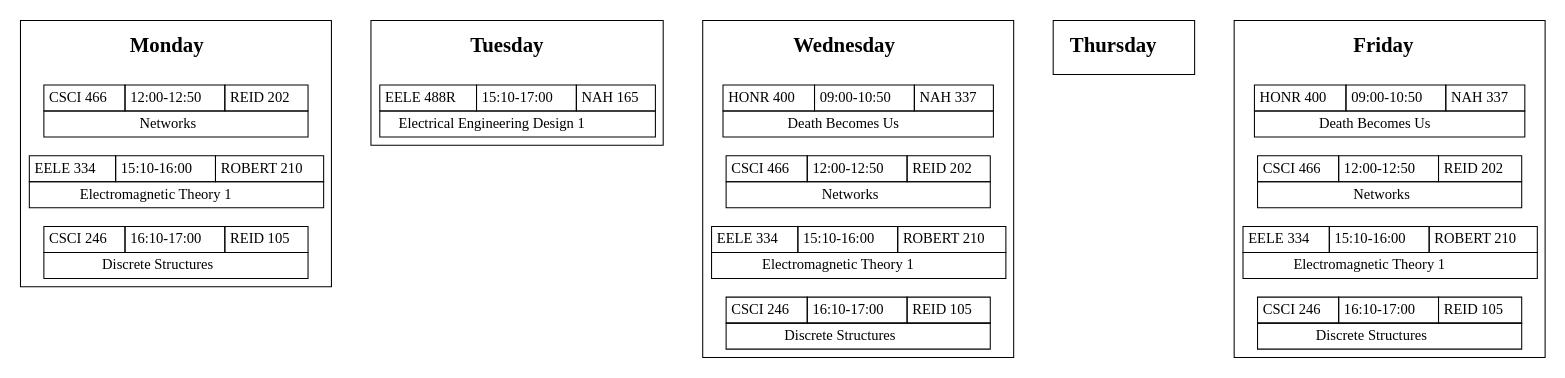
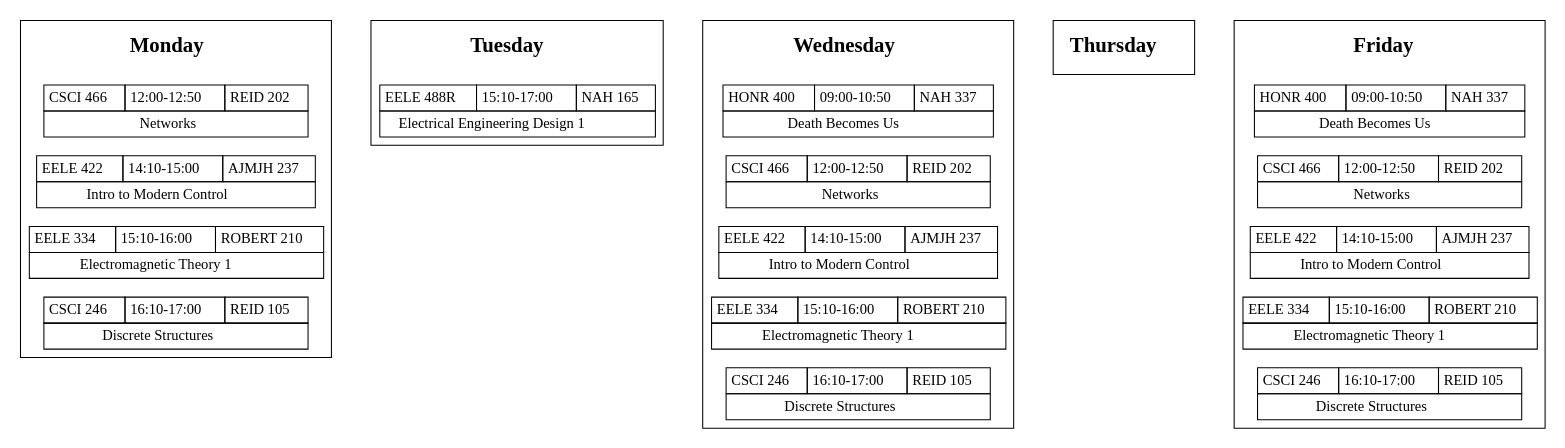
The diagram in schedule_5-seniorp-sem-1-fall.gv (w-culhane/schedule-flowchart), drawn with Graphviz before and after one commit.

Commit message:
Add modern controls

```diff
--- a/schedule_5-seniorp-sem-1-fall.gv
+++ b/schedule_5-seniorp-sem-1-fall.gv
@@ -1,147 +1,177 @@
 digraph schedule {
     ranksep=.75; rankdir=LR; splines=false;
 
     {node [shape=plaintext, fontsize=20, label=<<B>\N</B>>];
 	"Monday" -> "Tuesday" -> "Wednesday" -> "Thursday" -> "Friday" [style=invis];
     }
 
     {node [shape=none, margin=0]
-	subgraph clustermonday { rank = same; "Monday"; "CSCI466-m"; "EELE334-m"; "CSCI246-m"; }
+	subgraph clustermonday { rank = same; "Monday"; "CSCI466-m"; "EELE422-m"; "EELE334-m"; "CSCI246-m"; }
     }
 
     "CSCI466-m" [label=<
 		 <TABLE BORDER="0" CELLBORDER="1" CELLSPACING="0" CELLPADDING="4">
 		 <TR>
 		 <TD>CSCI 466</TD>
 		 <TD>12:00-12:50</TD>
 		 <TD>REID 202</TD>
 		 </TR>
 		 <TR><TD COLSPAN="3">Networks</TD></TR>
+		 </TABLE>>];
+
+    "EELE422-m" [label=<
+		 <TABLE BORDER="0" CELLBORDER="1" CELLSPACING="0" CELLPADDING="4">
+		 <TR>
+		 <TD>EELE 422</TD>
+		 <TD>14:10-15:00</TD>
+		 <TD>AJMJH 237</TD>
+		 </TR>
+		 <TR><TD COLSPAN="3">Intro to Modern Control</TD></TR>
 		 </TABLE>>];
 
     "EELE334-m" [label=<
 		 <TABLE BORDER="0" CELLBORDER="1" CELLSPACING="0" CELLPADDING="4">
 		 <TR>
 		 <TD>EELE 334</TD>
 		 <TD>15:10-16:00</TD>
 		 <TD>ROBERT 210</TD>
 		 </TR>
 		 <TR><TD COLSPAN="3">Electromagnetic Theory 1</TD></TR>
 		 </TABLE>>];
 
     "CSCI246-m" [label=<
 		 <TABLE BORDER="0" CELLBORDER="1" CELLSPACING="0" CELLPADDING="4">
 		 <TR>
 		 <TD>CSCI 246</TD>
 		 <TD>16:10-17:00</TD>
 		 <TD>REID 105</TD>
 		 </TR>
 		 <TR><TD COLSPAN="3">Discrete Structures</TD></TR>
 		 </TABLE>>];
 
     {node [shape=none, margin=0]
 	subgraph clustertuesday { rank = same; "Tuesday"; "EELE488R-t"; }
     }
 
     "EELE488R-t" [label=<
 		 <TABLE BORDER="0" CELLBORDER="1" CELLSPACING="0" CELLPADDING="4">
 		 <TR>
 		 <TD>EELE 488R</TD>
 		 <TD>15:10-17:00</TD>
 		 <TD>NAH 165</TD>
 		 </TR>
 		 <TR><TD COLSPAN="3">Electrical Engineering Design 1</TD></TR>
 		 </TABLE>>];
 
     {node [shape=none, margin=0]
-	subgraph clusterwednesday { rank = same; "Wednesday"; "HONR400-w"; "CSCI466-w"; "EELE334-w"; "CSCI246-w"; }
+	subgraph clusterwednesday { rank = same; "Wednesday"; "HONR400-w"; "CSCI466-w"; "EELE422-w"; "EELE334-w"; "CSCI246-w"; }
     }
 
     "HONR400-w" [label=<
 		 <TABLE BORDER="0" CELLBORDER="1" CELLSPACING="0" CELLPADDING="4">
 		 <TR>
 		 <TD>HONR 400</TD>
 		 <TD>09:00-10:50</TD>
 		 <TD>NAH 337</TD>
 		 </TR>
 		 <TR><TD COLSPAN="3">Death Becomes Us</TD></TR>
 		 </TABLE>>];
 
     "CSCI466-w" [label=<
 		 <TABLE BORDER="0" CELLBORDER="1" CELLSPACING="0" CELLPADDING="4">
 		 <TR>
 		 <TD>CSCI 466</TD>
 		 <TD>12:00-12:50</TD>
 		 <TD>REID 202</TD>
 		 </TR>
 		 <TR><TD COLSPAN="3">Networks</TD></TR>
+		 </TABLE>>];
+
+    "EELE422-w" [label=<
+		 <TABLE BORDER="0" CELLBORDER="1" CELLSPACING="0" CELLPADDING="4">
+		 <TR>
+		 <TD>EELE 422</TD>
+		 <TD>14:10-15:00</TD>
+		 <TD>AJMJH 237</TD>
+		 </TR>
+		 <TR><TD COLSPAN="3">Intro to Modern Control</TD></TR>
 		 </TABLE>>];
 
     "EELE334-w" [label=<
 		 <TABLE BORDER="0" CELLBORDER="1" CELLSPACING="0" CELLPADDING="4">
 		 <TR>
 		 <TD>EELE 334</TD>
 		 <TD>15:10-16:00</TD>
 		 <TD>ROBERT 210</TD>
 		 </TR>
 		 <TR><TD COLSPAN="3">Electromagnetic Theory 1</TD></TR>
 		 </TABLE>>];
 
     "CSCI246-w" [label=<
 		 <TABLE BORDER="0" CELLBORDER="1" CELLSPACING="0" CELLPADDING="4">
 		 <TR>
 		 <TD>CSCI 246</TD>
 		 <TD>16:10-17:00</TD>
 		 <TD>REID 105</TD>
 		 </TR>
 		 <TR><TD COLSPAN="3">Discrete Structures</TD></TR>
 		 </TABLE>>];
 
     {node [shape=none, margin=0]
 	subgraph clusterthursday { rank = same; "Thursday"; }
     }
 
     {node [shape=none, margin=0]
-	subgraph clusterfriday { rank = same; "Friday"; "HONR400-f"; "CSCI466-f"; "EELE334-f"; "CSCI246-f"; }
+	subgraph clusterfriday { rank = same; "Friday"; "HONR400-f"; "CSCI466-f"; "EELE422-f"; "EELE334-f"; "CSCI246-f"; }
     }
 
     "HONR400-f" [label=<
 		 <TABLE BORDER="0" CELLBORDER="1" CELLSPACING="0" CELLPADDING="4">
 		 <TR>
 		 <TD>HONR 400</TD>
 		 <TD>09:00-10:50</TD>
 		 <TD>NAH 337</TD>
 		 </TR>
 		 <TR><TD COLSPAN="3">Death Becomes Us</TD></TR>
 		 </TABLE>>];
 
     "CSCI466-f" [label=<
 		 <TABLE BORDER="0" CELLBORDER="1" CELLSPACING="0" CELLPADDING="4">
 		 <TR>
 		 <TD>CSCI 466</TD>
 		 <TD>12:00-12:50</TD>
 		 <TD>REID 202</TD>
 		 </TR>
 		 <TR><TD COLSPAN="3">Networks</TD></TR>
 		 </TABLE>>];
 
+    "EELE422-f" [label=<
+		 <TABLE BORDER="0" CELLBORDER="1" CELLSPACING="0" CELLPADDING="4">
+		 <TR>
+		 <TD>EELE 422</TD>
+		 <TD>14:10-15:00</TD>
+		 <TD>AJMJH 237</TD>
+		 </TR>
+		 <TR><TD COLSPAN="3">Intro to Modern Control</TD></TR>
+		 </TABLE>>];
+
     "EELE334-f" [label=<
 		 <TABLE BORDER="0" CELLBORDER="1" CELLSPACING="0" CELLPADDING="4">
 		 <TR>
 		 <TD>EELE 334</TD>
 		 <TD>15:10-16:00</TD>
 		 <TD>ROBERT 210</TD>
 		 </TR>
 		 <TR><TD COLSPAN="3">Electromagnetic Theory 1</TD></TR>
 		 </TABLE>>];
 
     "CSCI246-f" [label=<
 		 <TABLE BORDER="0" CELLBORDER="1" CELLSPACING="0" CELLPADDING="4">
 		 <TR>
 		 <TD>CSCI 246</TD>
 		 <TD>16:10-17:00</TD>
 		 <TD>REID 105</TD>
 		 </TR>
 		 <TR><TD COLSPAN="3">Discrete Structures</TD></TR>
 		 </TABLE>>];
 }
```
